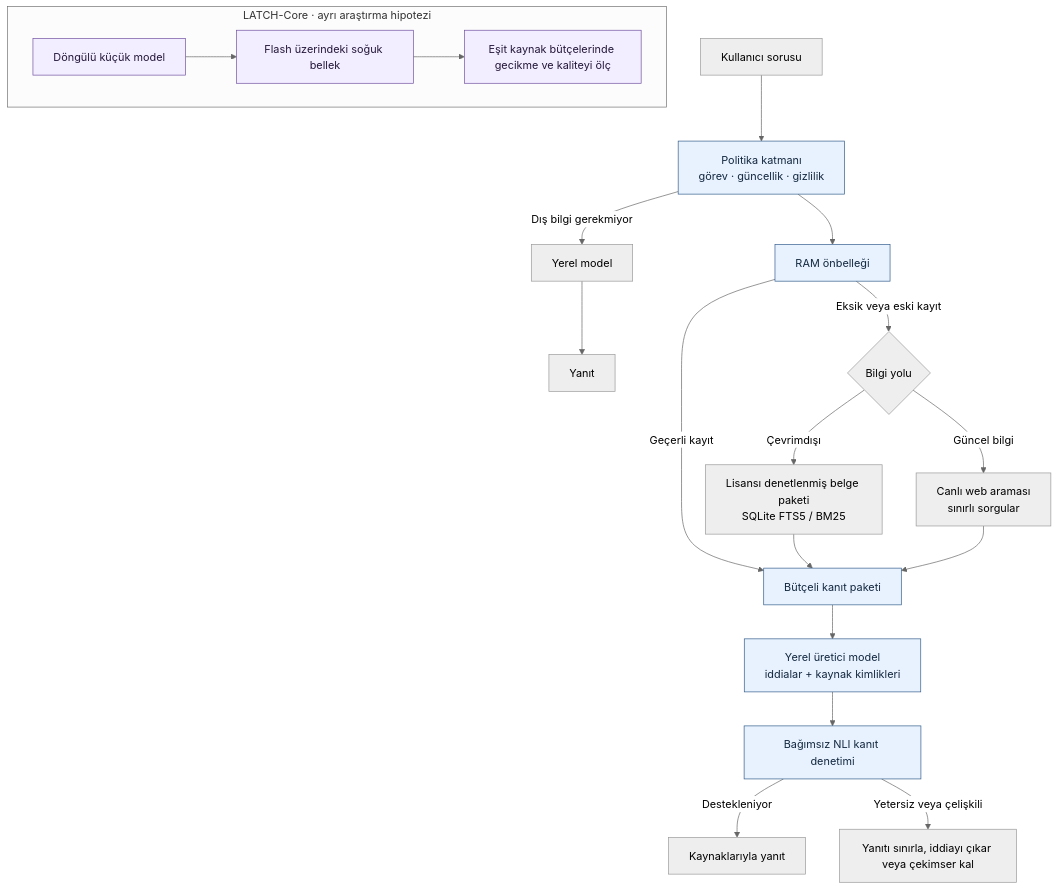
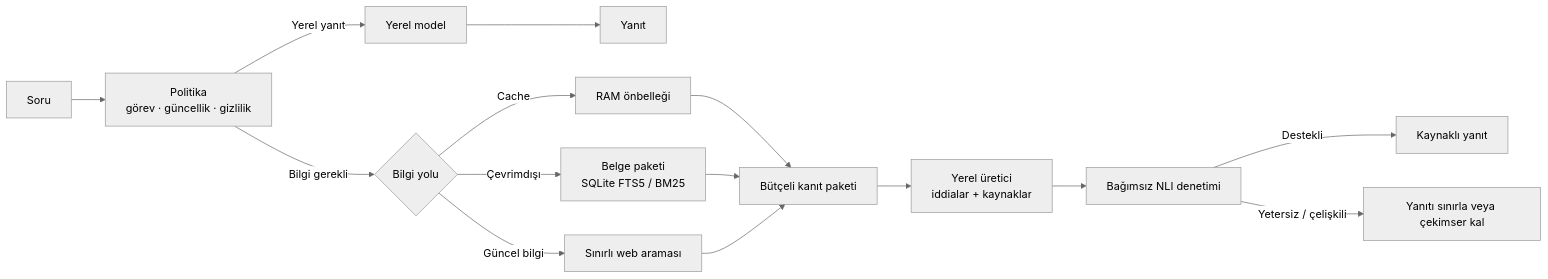
The first of 2 diagrams in README.md (Apollonny/LATCH), drawn with Mermaid (neutral theme) before and after one commit. The commit also changed other lines of this file, not shown here.

Commit message:
Simplify the architecture diagrams

````diff
--- a/README.md
+++ b/README.md
@@ -9,30 +11,16 @@
 ```mermaid
-flowchart TD
-    U["Kullanıcı sorusu"] --> P["Politika katmanı<br/>görev · güncellik · gizlilik"]
-
-    P -->|"Dış bilgi gerekmiyor"| LM["Yerel model"]
-    LM --> A0["Yanıt"]
-
-    P --> C["RAM önbelleği"]
-    C -->|"Geçerli kayıt"| E["Bütçeli kanıt paketi"]
-    C -->|"Eksik veya eski kayıt"| R{"Bilgi yolu"}
-    R -->|"Çevrimdışı"| O["Lisansı denetlenmiş belge paketi<br/>SQLite FTS5 / BM25"]
-    R -->|"Güncel bilgi"| W["Canlı web araması<br/>sınırlı sorgular"]
+flowchart LR
+    Q["Soru"] --> P["Politika<br/>görev · güncellik · gizlilik"]
+    P -->|"Yerel yanıt"| L["Yerel model"] --> LA["Yanıt"]
+    P -->|"Bilgi gerekli"| R{"Bilgi yolu"}
+    R -->|"Cache"| C["RAM önbelleği"]
+    R -->|"Çevrimdışı"| O["Belge paketi<br/>SQLite FTS5 / BM25"]
+    R -->|"Güncel bilgi"| W["Sınırlı web araması"]
+    C --> E["Bütçeli kanıt paketi"]
     O --> E
     W --> E
-
-    E --> G["Yerel üretici model<br/>iddialar + kaynak kimlikleri"]
-    G --> V["Bağımsız NLI kanıt denetimi"]
-    V -->|"Destekleniyor"| A["Kaynaklarıyla yanıt"]
-    V -->|"Yetersiz veya çelişkili"| Q["Yanıtı sınırla, iddiayı çıkar veya çekimser kal"]
-
-    subgraph CORE["LATCH-Core · ayrı araştırma hipotezi"]
-        M["Döngülü küçük model"] --> F["Flash üzerindeki soğuk bellek"]
-        F --> B["Eşit kaynak bütçelerinde gecikme ve kaliteyi ölç"]
-    end
-
-    classDef product fill:#e8f2ff,stroke:#315b8a,color:#13283f
-    classDef research fill:#f2edff,stroke:#7050a0,color:#24183a
-    class P,C,E,G,V product
-    class M,F,B research
+    E --> G["Yerel üretici<br/>iddialar + kaynaklar"]
+    G --> V["Bağımsız NLI denetimi"]
+    V -->|"Destekli"| A["Kaynaklı yanıt"]
+    V -->|"Yetersiz / çelişkili"| X["Yanıtı sınırla veya çekimser kal"]
 ```
````
